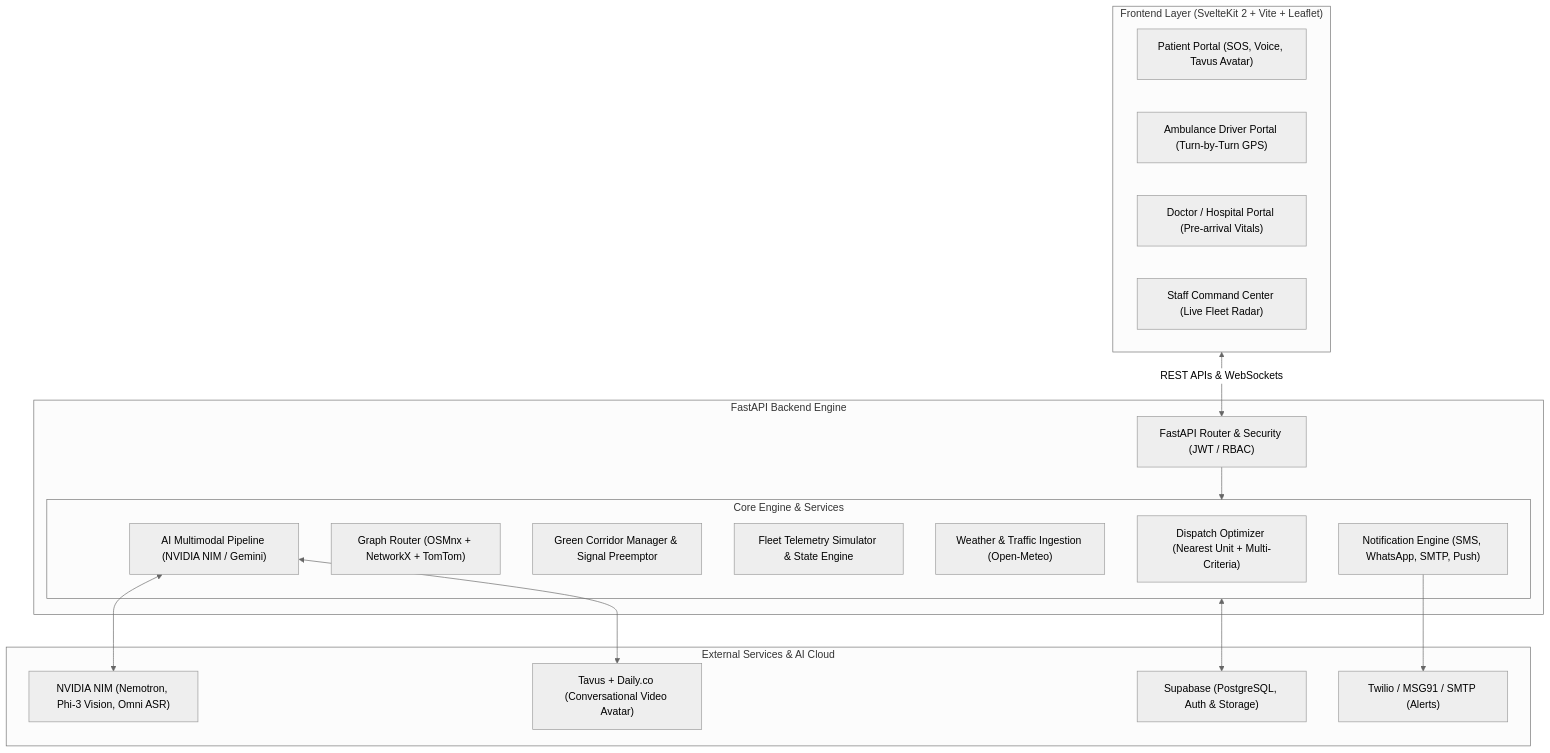
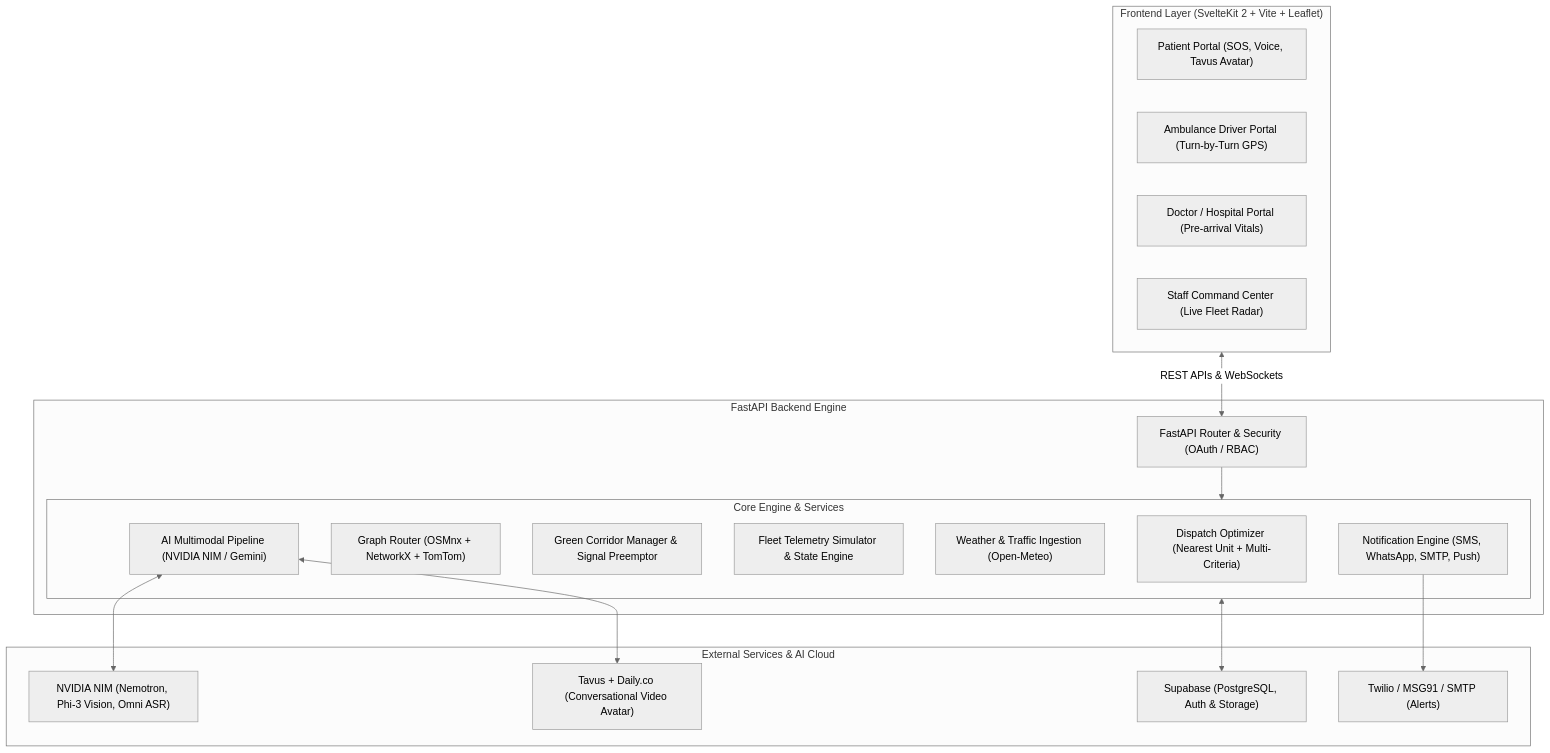
Before and after one commit to Azmanshaikh/sih-ambulancedispatch: the diagram in README.md, drawn with Mermaid (neutral theme). The commit also changed other lines of this file and 6 other files, not shown here.

````diff
--- a/README.md
+++ b/README.md
@@ -49,37 +49,37 @@
 ```mermaid
 flowchart TB
     subgraph Frontend["Frontend Layer (SvelteKit 2 + Vite + Leaflet)"]
         P_UI["Patient Portal (SOS, Voice, Tavus Avatar)"]
         D_UI["Ambulance Driver Portal (Turn-by-Turn GPS)"]
         H_UI["Doctor / Hospital Portal (Pre-arrival Vitals)"]
         S_UI["Staff Command Center (Live Fleet Radar)"]
     end
 
     subgraph Backend["FastAPI Backend Engine"]
-        API_GW["FastAPI Router & Security (JWT / RBAC)"]
+        API_GW["FastAPI Router & Security (OAuth / RBAC)"]
         
         subgraph Services["Core Engine & Services"]
             DISPATCH["Dispatch Optimizer (Nearest Unit + Multi-Criteria)"]
             ROUTER["Graph Router (OSMnx + NetworkX + TomTom)"]
             CORRIDOR["Green Corridor Manager & Signal Preemptor"]
             FLEET["Fleet Telemetry Simulator & State Engine"]
             WEATHER["Weather & Traffic Ingestion (Open-Meteo)"]
             AI_MOD["AI Multimodal Pipeline (NVIDIA NIM / Gemini)"]
             NOTIF["Notification Engine (SMS, WhatsApp, SMTP, Push)"]
         end
     end
 
     subgraph External["External Services & AI Cloud"]
         NVIDIA["NVIDIA NIM (Nemotron, Phi-3 Vision, Omni ASR)"]
         TAVUS["Tavus + Daily.co (Conversational Video Avatar)"]
         SUPABASE["Supabase (PostgreSQL, Auth & Storage)"]
         COMM["Twilio / MSG91 / SMTP (Alerts)"]
     end
 
     Frontend <-->|REST APIs & WebSockets| API_GW
     API_GW --> Services
     AI_MOD <--> NVIDIA
     AI_MOD <--> TAVUS
     Services <--> SUPABASE
     NOTIF --> COMM
 ```
````
